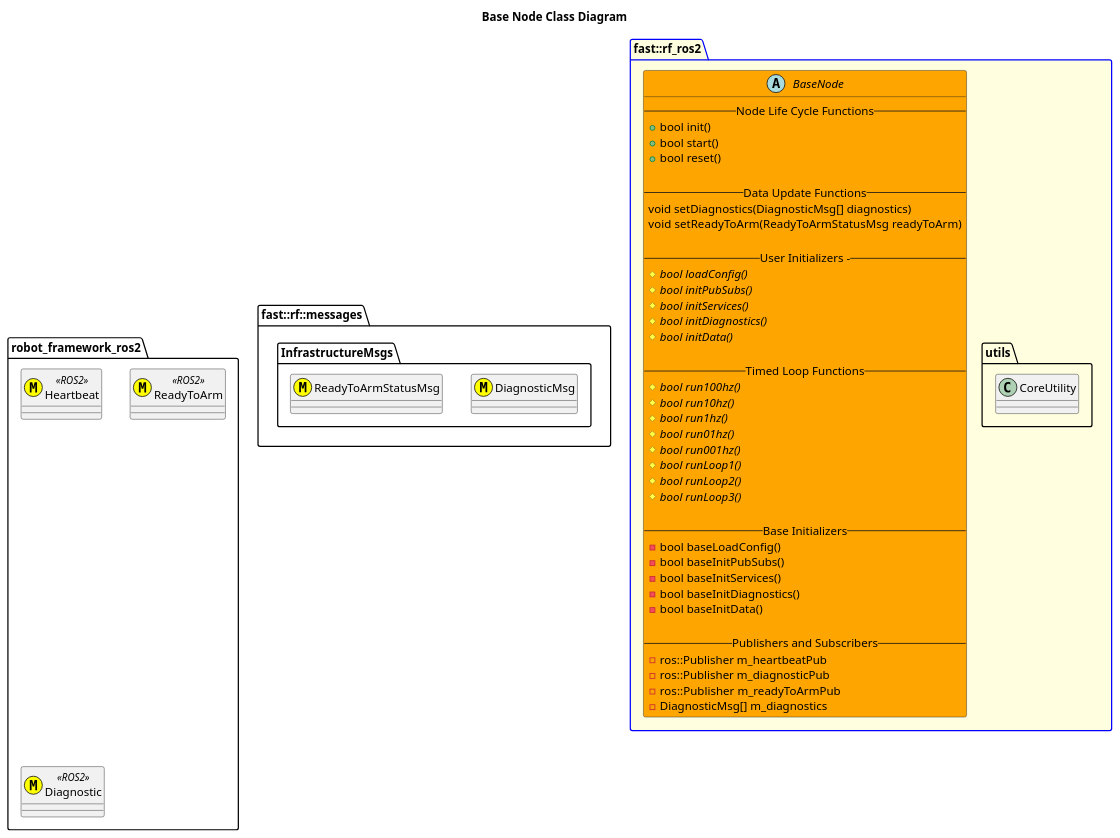
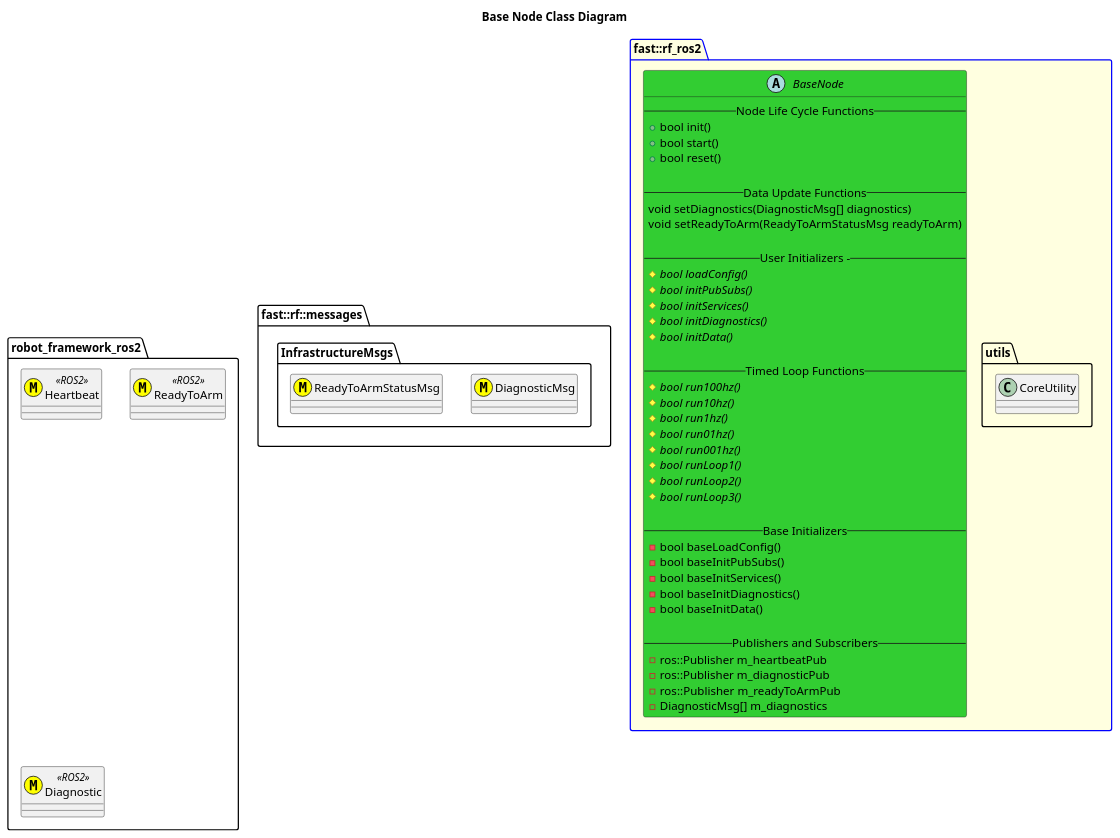
The diagram in include/robot_framework_ros2/doc/puml/BaseNodeClassDiagram.puml (fastrobotics/robot_framework_ros2), drawn with PlantUML before and after one commit. The commit also changed 29 other files, not shown here.

```diff
--- a/include/robot_framework_ros2/doc/puml/BaseNodeClassDiagram.puml
+++ b/include/robot_framework_ros2/doc/puml/BaseNodeClassDiagram.puml
@@ -1,59 +1,59 @@
 @startuml
 title Base Node Class Diagram
 namespace fast::rf::messages {
     namespace InfrastructureMsgs {
         class DiagnosticMsg <<(M,#FFFF00)>>
         class ReadyToArmStatusMsg <<(M,#FFFF00)>>
     }
 }
 namespace robot_framework_ros2 {
     class Heartbeat <<(M,#FFFF00)>> <<ROS2>>
     class ReadyToArm <<(M,#FFFF00)>> <<ROS2>>
     class Diagnostic <<(M,#FFFF00)>> <<ROS2>>
 }
 package fast::rf_ros2 #LightYellow;line:blue {
     namespace utils {
         class CoreUtility
     }
-    abstract BaseNode #Orange{
+    abstract BaseNode #LimeGreen{
         --Node Life Cycle Functions--
         +bool init()
         +bool start()
         +bool reset()
 
         --Data Update Functions--
         void setDiagnostics(DiagnosticMsg[] diagnostics)
         void setReadyToArm(ReadyToArmStatusMsg readyToArm)
 
         -- User Initializers ---
         #{abstract} bool loadConfig()
         #{abstract} bool initPubSubs()
         #{abstract} bool initServices()
         #{abstract} bool initDiagnostics()
         #{abstract} bool initData()
 
         --Timed Loop Functions--
         #{abstract} bool run100hz()
         #{abstract} bool run10hz()
         #{abstract} bool run1hz()
         #{abstract} bool run01hz()
         #{abstract} bool run001hz()
         #{abstract} bool runLoop1()
         #{abstract} bool runLoop2()
         #{abstract} bool runLoop3()
 
         -- Base Initializers --
         -bool baseLoadConfig()
         -bool baseInitPubSubs()
         -bool baseInitServices()
         -bool baseInitDiagnostics()
         -bool baseInitData()
 
         --Publishers and Subscribers--
         -ros::Publisher m_heartbeatPub
         -ros::Publisher m_diagnosticPub
         -ros::Publisher m_readyToArmPub
         -DiagnosticMsg[] m_diagnostics
     }    
 }
 @enduml
```
